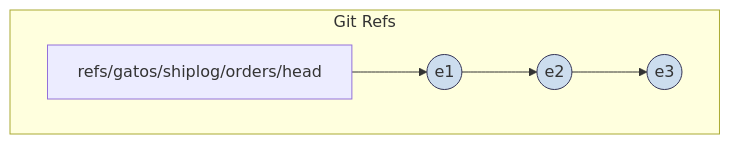
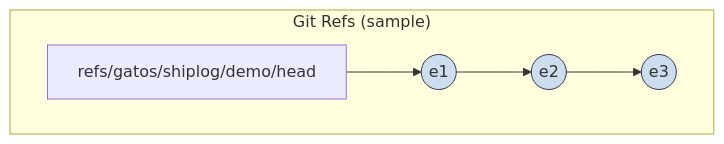
The second of 2 diagrams in docs/decisions/ADR-0005/DECISION.md (flyingrobots/gatos), drawn with Mermaid before and after one commit. The commit also changed other lines of this file and 5 other files, not shown here.

````diff
--- a/docs/decisions/ADR-0005/DECISION.md
+++ b/docs/decisions/ADR-0005/DECISION.md
@@ -54,9 +55,9 @@
 ```mermaid
 graph TD
-  subgraph "Git Refs"
-    H1[refs/gatos/shiplog/orders/head]-->C1
+  subgraph "Git Refs (sample)"
+    H1[refs/gatos/shiplog/demo/head]-->C1
     C1((e1))-->C2((e2))-->C3((e3))
   end
   C1:::ev; C2:::ev; C3:::ev
   classDef ev fill:#cde,stroke:#335;
 ```
````
